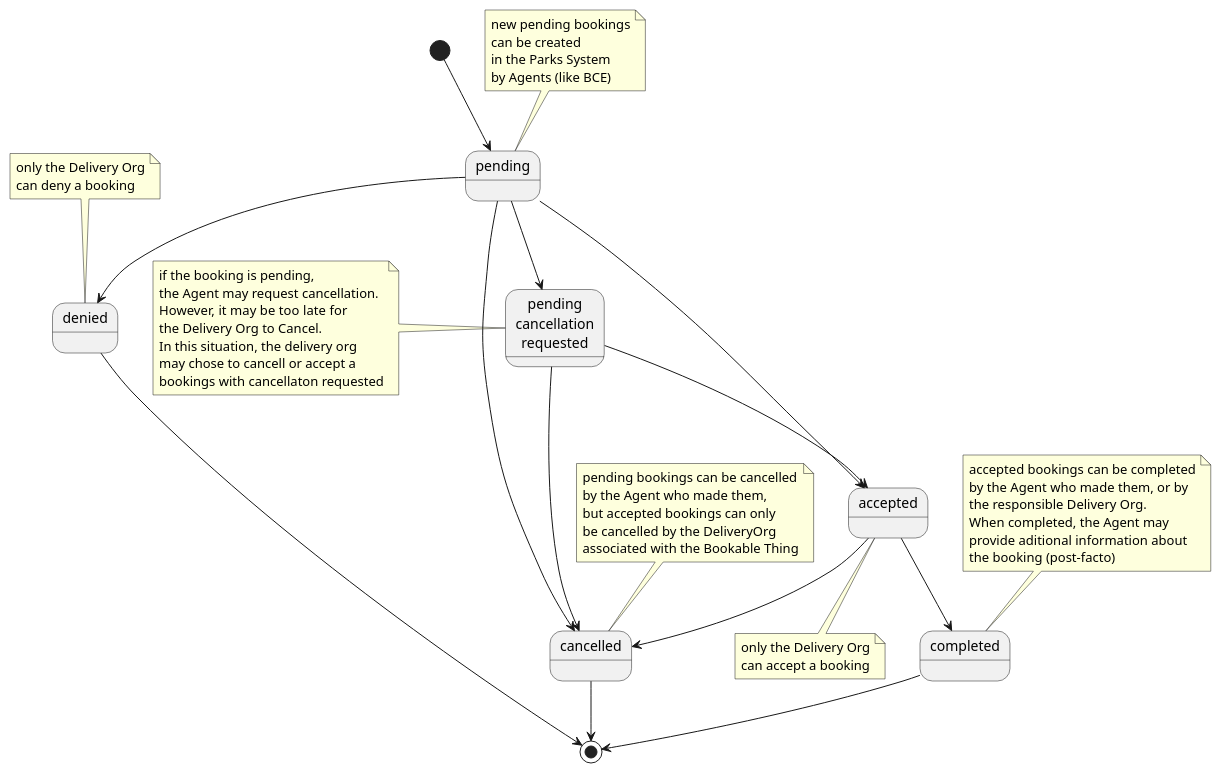
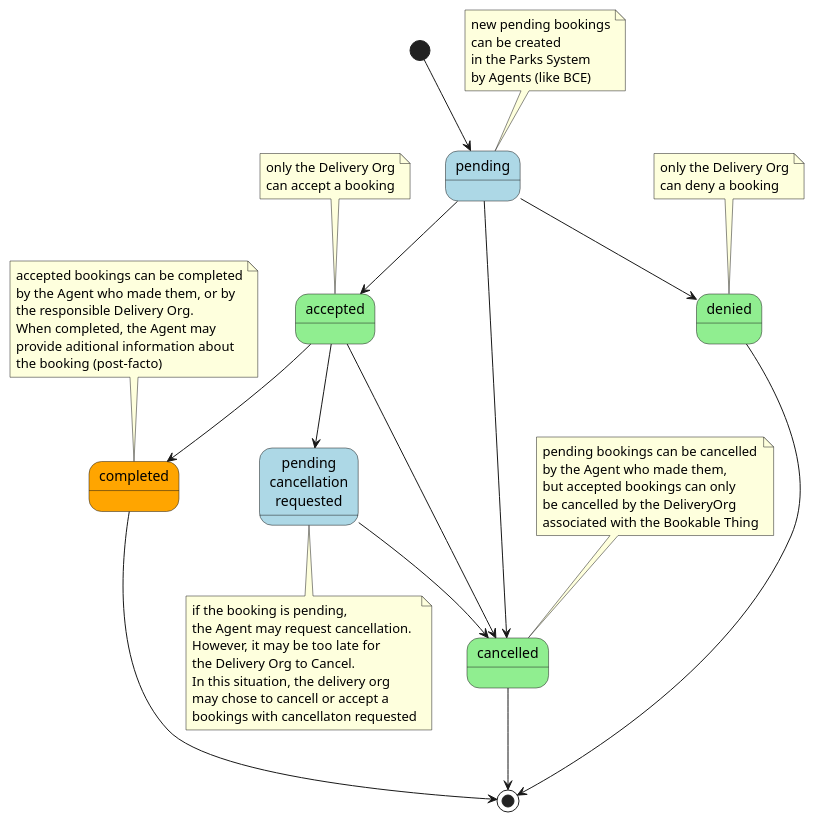
One commit to koriaf/parks-bce-integration-bookable-things changed the second of 2 diagrams in design.rst. Above: the diagram before and after it, drawn with PlantUML. The commit also changed other lines of this file and 2 other files, not shown here.

Commit message:
elaborate the booking statechard

```diff
--- a/design.rst
+++ b/design.rst
@@ -91,27 +91,31 @@
 .. uml::
 
+   state pending #lightblue
    [*] --> pending
    note "new pending bookings\ncan be created\nin the Parks System\nby Agents (like BCE)" as N1
    N1 --> pending
    pending --> denied
+   state denied #lightgreen
    pending --> accepted
+   state cancelled #lightgreen
    pending --> cancelled
    accepted --> cancelled
+   state completed #orange
+   state accepted #lightgreen
    accepted --> completed
    note "pending bookings can be cancelled\nby the Agent who made them,\nbut accepted bookings can only\nbe cancelled by the DeliveryOrg\nassociated with the Bookable Thing" as N2
    N2 --> cancelled
    denied --> [*]
    completed --> [*]
    cancelled --> [*]
    note "accepted bookings can be completed\nby the Agent who made them, or by\nthe responsible Delivery Org.\nWhen completed, the Agent may\nprovide aditional information about\nthe booking (post-facto)" as N3
    N3 --> completed
    note "only the Delivery Org\ncan accept a booking" as N4
-   accepted --> N4
+   N4 --> accepted
    note "only the Delivery Org\ncan deny a booking" as N5
    N5 --> denied
-   state "pending\ncancellation\nrequested" as pcr
-   pending --> pcr
+   state "pending\ncancellation\nrequested" as pcr #lightblue
    pcr --> cancelled
-   pcr --> accepted
+   accepted --> pcr
    note "if the booking is pending,\nthe Agent may request cancellation.\nHowever, it may be too late for\nthe Delivery Org to Cancel.\nIn this situation, the delivery org\nmay chose to cancell or accept a\nbookings with cancellaton requested" as N6
-   N6 -> pcr
+   N6 -up-> pcr
```
